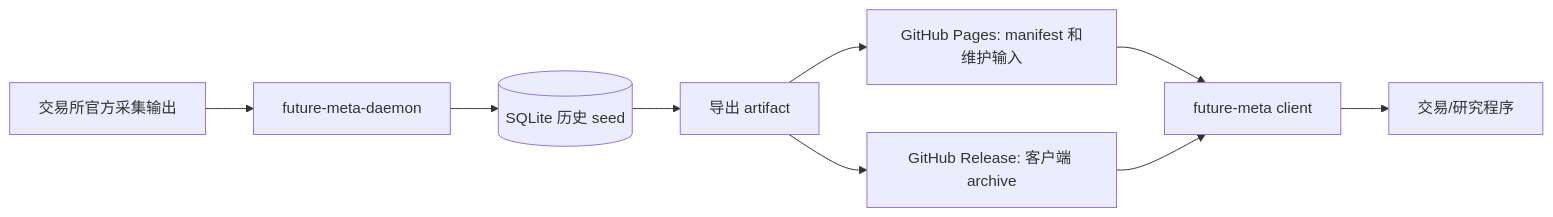
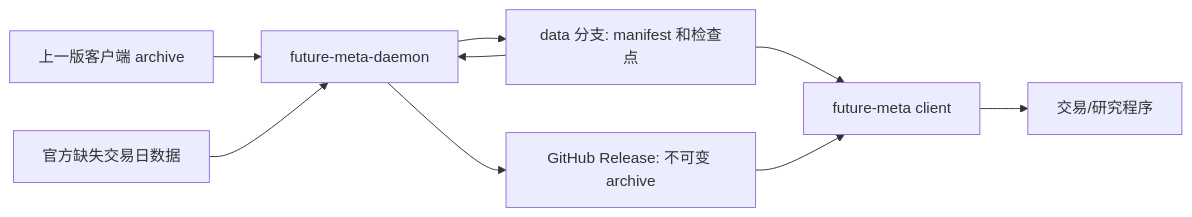
One commit to zynthium/future-meta changed the diagram in README.md. Above: the diagram before and after it, drawn with Mermaid. The commit also changed other lines of this file and 31 other files, not shown here.

Commit message:
refactor: update from client archives without Pages

````diff
--- a/README.md
+++ b/README.md
@@ -26,11 +26,11 @@
 ```mermaid
 flowchart LR
-    exchange[交易所官方采集输出] --> daemon[future-meta-daemon]
-    daemon --> sqlite[(SQLite 历史 seed)]
-    sqlite --> export[导出 artifact]
-    export --> releases[GitHub Release: 客户端 archive]
-    export --> pages[GitHub Pages: manifest 和维护输入]
-    pages --> client[future-meta client]
+    archive[上一版客户端 archive] --> daemon[future-meta-daemon]
+    exchange[官方缺失交易日数据] --> daemon
+    state[data 分支: manifest 和检查点] --> daemon
+    daemon --> releases[GitHub Release: 不可变 archive]
+    daemon --> state
+    state --> client[future-meta client]
     releases --> client
     client --> app[交易/研究程序]
 ```
````
